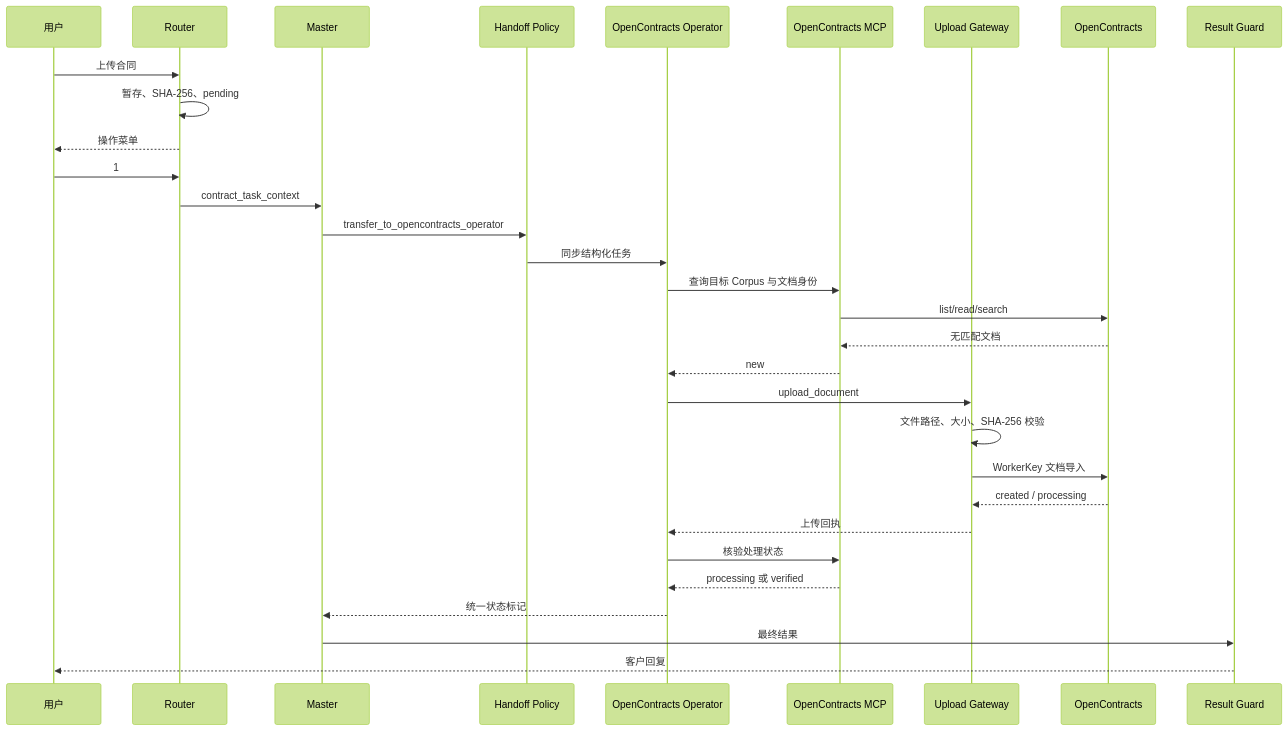
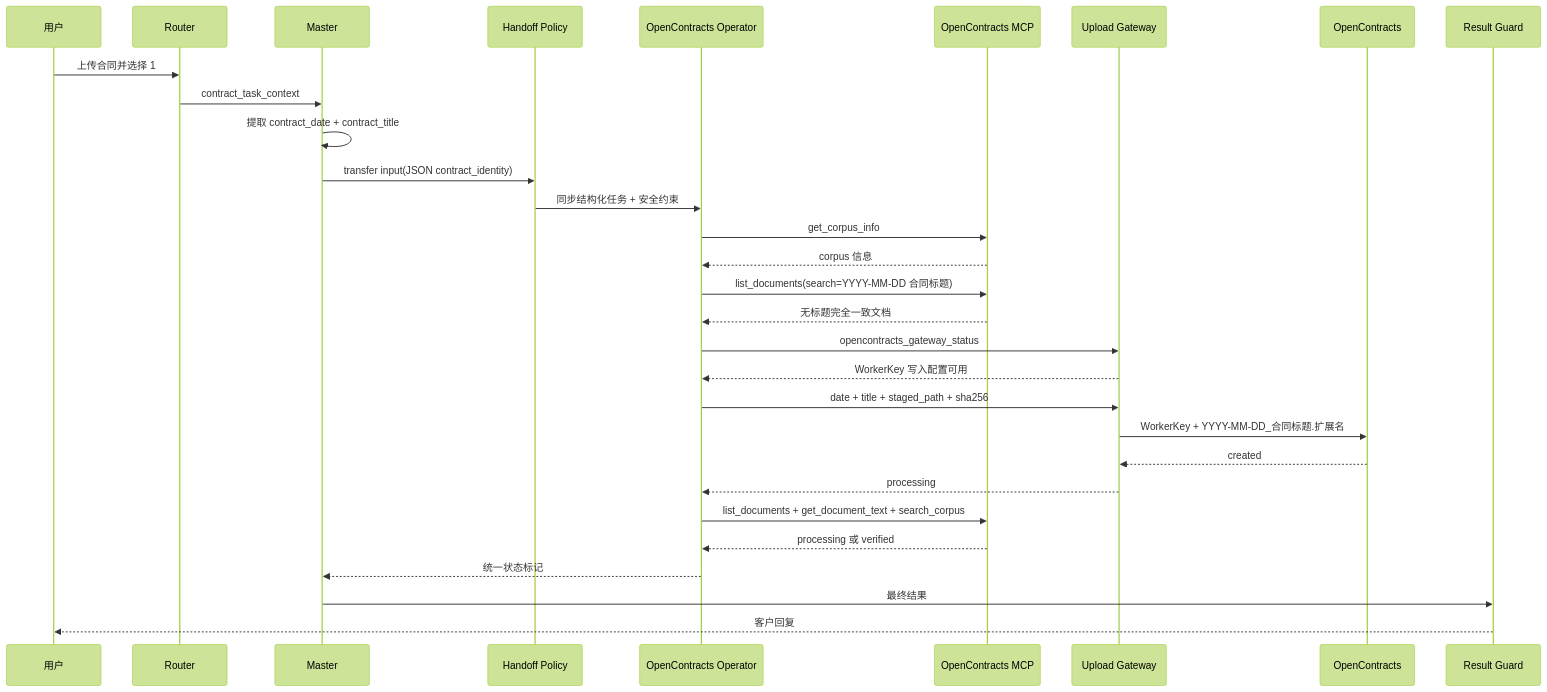
One commit to Ri0n72Y/ContractBotConfig changed the first of 5 diagrams in docs/architecture/upload-sequence.md. Above: the diagram before and after it, drawn with Mermaid (forest theme). The commit also changed other lines of this file and 43 other files, not shown here.

First line of the commit message:
Phase 2-A: move OpenContracts reads to MCP and split upload gateway (#3)

````diff
--- a/docs/architecture/upload-sequence.md
+++ b/docs/architecture/upload-sequence.md
@@ -5,34 +5,33 @@
 ```mermaid
 sequenceDiagram
     participant U as 用户
     participant R as Router
     participant M as Master
     participant H as Handoff Policy
     participant O as OpenContracts Operator
     participant MCP as OpenContracts MCP
     participant G as Upload Gateway
     participant OC as OpenContracts
     participant RG as Result Guard
 
-    U->>R: 上传合同
-    R->>R: 暂存、SHA-256、pending
-    R-->>U: 操作菜单
-    U->>R: 1
+    U->>R: 上传合同并选择 1
     R->>M: contract_task_context
-    M->>H: transfer_to_opencontracts_operator
-    H->>O: 同步结构化任务
-    O->>MCP: 查询目标 Corpus 与文档身份
-    MCP->>OC: list/read/search
-    OC-->>MCP: 无匹配文档
-    MCP-->>O: new
-    O->>G: upload_document
-    G->>G: 文件路径、大小、SHA-256 校验
-    G->>OC: WorkerKey 文档导入
-    OC-->>G: created / processing
-    G-->>O: 上传回执
-    O->>MCP: 核验处理状态
+    M->>M: 提取 contract_date + contract_title
+    M->>H: transfer input(JSON contract_identity)
+    H->>O: 同步结构化任务 + 安全约束
+    O->>MCP: get_corpus_info
+    MCP-->>O: corpus 信息
+    O->>MCP: list_documents(search=YYYY-MM-DD 合同标题)
+    MCP-->>O: 无标题完全一致文档
+    O->>G: opencontracts_gateway_status
+    G-->>O: WorkerKey 写入配置可用
+    O->>G: date + title + staged_path + sha256
+    G->>OC: WorkerKey + YYYY-MM-DD_合同标题.扩展名
+    OC-->>G: created
+    G-->>O: processing
+    O->>MCP: list_documents + get_document_text + search_corpus
     MCP-->>O: processing 或 verified
     O-->>M: 统一状态标记
     M->>RG: 最终结果
     RG-->>U: 客户回复
 ```
````
